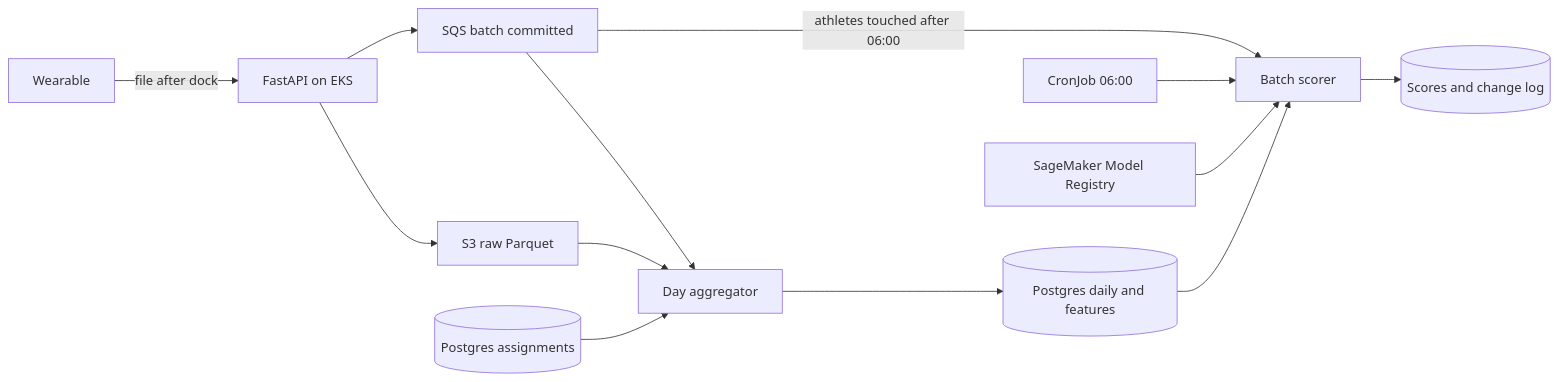
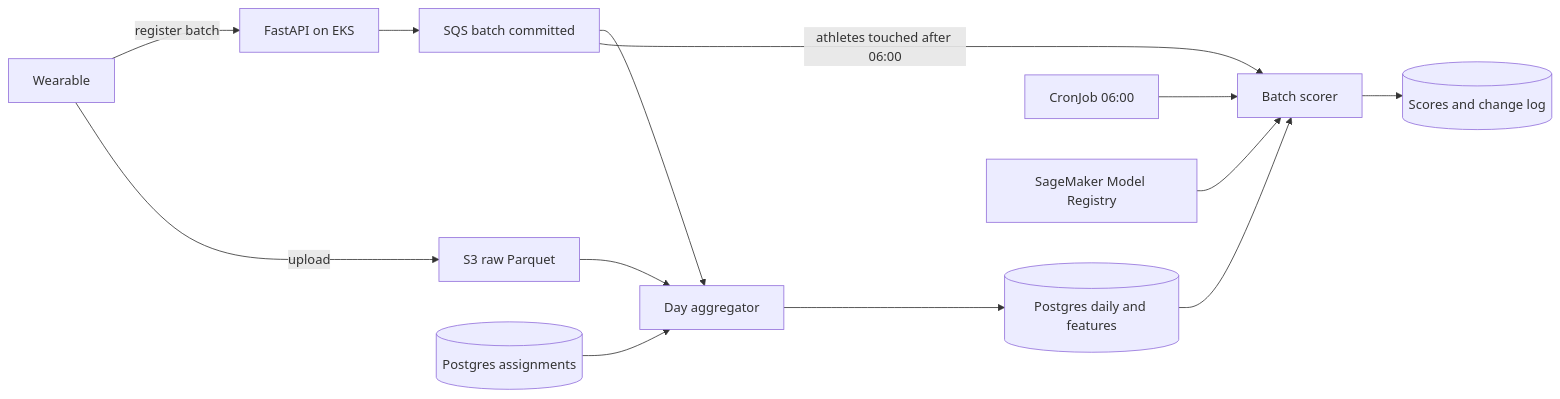
Before and after one commit to ohoushyar/acme-athlete-injury-predictor: the diagram in docs/design.md, drawn with Mermaid. The commit also changed other lines of this file, not shown here.

````diff
--- a/docs/design.md
+++ b/docs/design.md
@@ -29,15 +29,15 @@
 ```mermaid
 flowchart LR
-  device[Wearable] -->|file after dock| api[FastAPI on EKS]
-  api --> raw[S3 raw Parquet]
+  device[Wearable] -->|register batch| api[FastAPI on EKS]
+  device -->|upload| raw[S3 raw Parquet]
   api --> queue[SQS batch committed]
   queue --> agg[Day aggregator]
   assign[(Postgres assignments)] --> agg
   raw --> agg
   agg --> daily[(Postgres daily and features)]
   cron[CronJob 06:00] --> score[Batch scorer]
   daily --> score
   registry[SageMaker Model Registry] --> score
   queue -->|athletes touched after 06:00| score
   score --> shown[(Scores and change log)]
 ```
````
